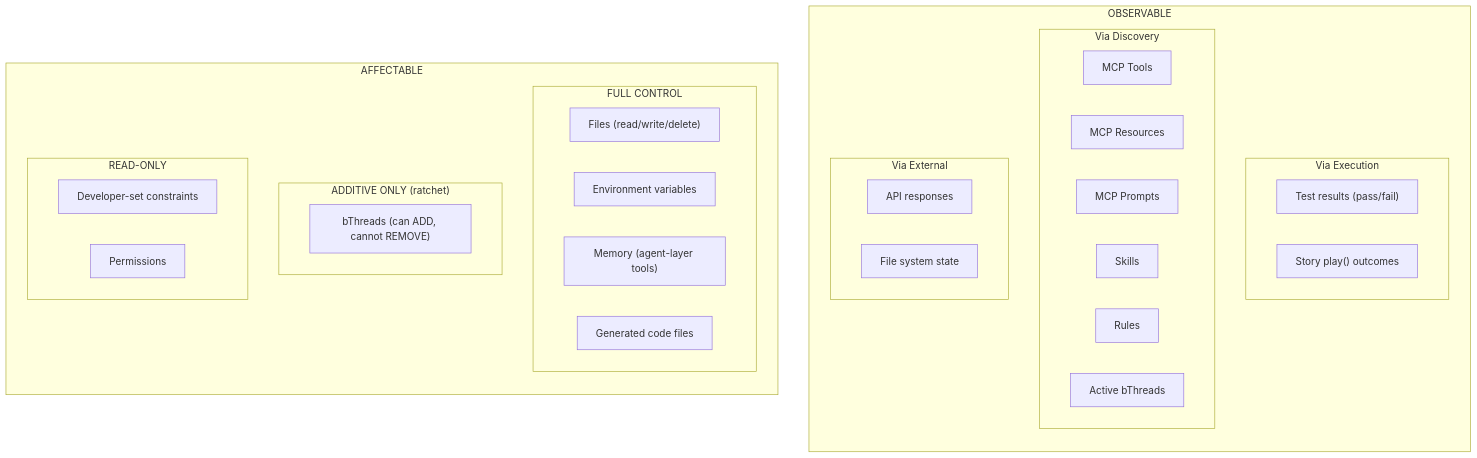
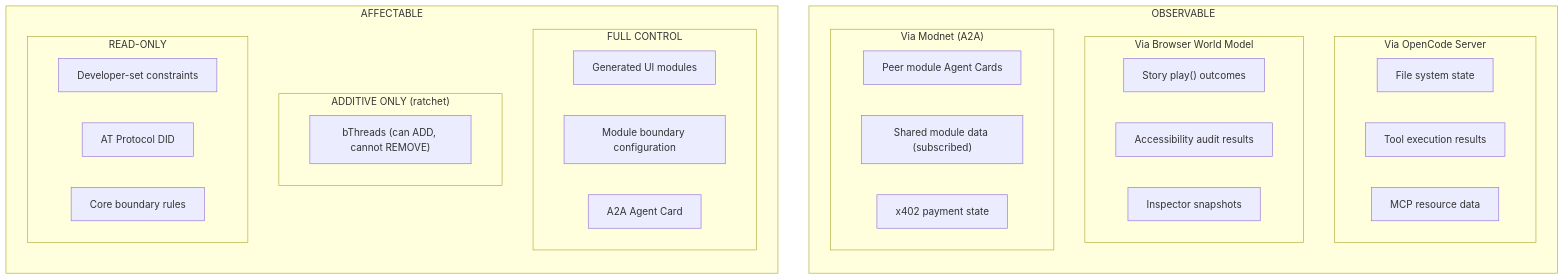
Before and after one commit to plaited/plaited: the seventh of 12 diagrams in PLAITED-AGENT-PLAN.md, drawn with Mermaid. The commit also changed other lines of this file and 1 other file, not shown here.

First line of the commit message:
docs(agent): update plan to V8 — generative UI client + modnet architecture

````diff
--- a/PLAITED-AGENT-PLAN.md
+++ b/PLAITED-AGENT-PLAN.md
@@ -174,39 +368,38 @@
 ```mermaid
 flowchart TB
     subgraph Observable["OBSERVABLE"]
         direction TB
-        subgraph ViaExec["Via Execution"]
-            Tests["Test results (pass/fail)"]
+        subgraph ViaServer["Via OpenCode Server"]
+            FileState["File system state"]
+            ToolResults["Tool execution results"]
+            MCPData["MCP resource data"]
+        end
+        subgraph ViaBrowser["Via Browser World Model"]
             Stories["Story play() outcomes"]
+            A11y["Accessibility audit results"]
+            Snapshots["Inspector snapshots"]
         end
-        subgraph ViaDisc["Via Discovery"]
-            MCPTools["MCP Tools"]
-            MCPResources["MCP Resources"]
-            MCPPrompts["MCP Prompts"]
-            Skills["Skills"]
-            Rules["Rules"]
-            ActiveBT["Active bThreads"]
-        end
-        subgraph ViaExt["Via External"]
-            APIs["API responses"]
-            FS["File system state"]
+        subgraph ViaModnet["Via Modnet (A2A)"]
+            PeerModules["Peer module Agent Cards"]
+            SharedData["Shared module data (subscribed)"]
+            PaymentState["x402 payment state"]
         end
     end
 
     subgraph Affectable["AFFECTABLE"]
         direction TB
-        subgraph Full["FULL CONTROL"]
-            Files["Files (read/write/delete)"]
-            EnvVars["Environment variables"]
-            Memory["Memory (agent-layer tools)"]
-            Code["Generated code files"]
+        subgraph FullControl["FULL CONTROL"]
+            Generated["Generated UI modules"]
+            ModuleConfig["Module boundary configuration"]
+            A2ACard["A2A Agent Card"]
         end
         subgraph Additive["ADDITIVE ONLY (ratchet)"]
             NewBT["bThreads (can ADD, cannot REMOVE)"]
         end
         subgraph ReadOnly["READ-ONLY"]
             DevConstraints["Developer-set constraints"]
-            Permissions["Permissions"]
+            DID["AT Protocol DID"]
+            CoreBoundaries["Core boundary rules"]
         end
     end
 ```
````
